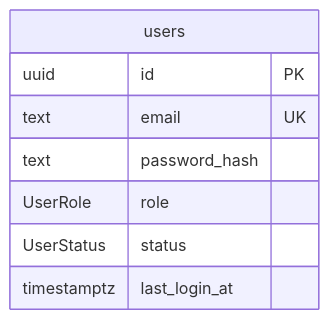
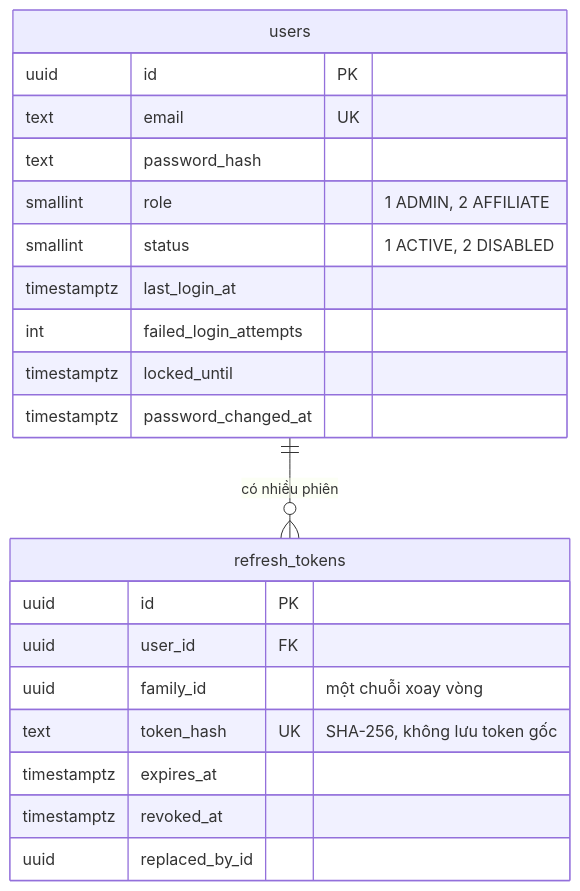
The first of 4 diagrams in BE/docs/database.md (Vietnguyen203/PhucViFood), drawn with Mermaid before and after one commit. The commit also changed other lines of this file and 55 other files, not shown here.

````diff
--- a/BE/docs/database.md
+++ b/BE/docs/database.md
@@ -28,11 +28,25 @@
 ```mermaid
 erDiagram
+  users ||--o{ refresh_tokens : "có nhiều phiên"
+
   users {
     uuid id PK
     text email UK
     text password_hash
-    UserRole role
-    UserStatus status
+    smallint role "1 ADMIN, 2 AFFILIATE"
+    smallint status "1 ACTIVE, 2 DISABLED"
     timestamptz last_login_at
+    int failed_login_attempts
+    timestamptz locked_until
+    timestamptz password_changed_at
+  }
+  refresh_tokens {
+    uuid id PK
+    uuid user_id FK
+    uuid family_id "một chuỗi xoay vòng"
+    text token_hash UK "SHA-256, không lưu token gốc"
+    timestamptz expires_at
+    timestamptz revoked_at
+    uuid replaced_by_id
   }
 ```
````
